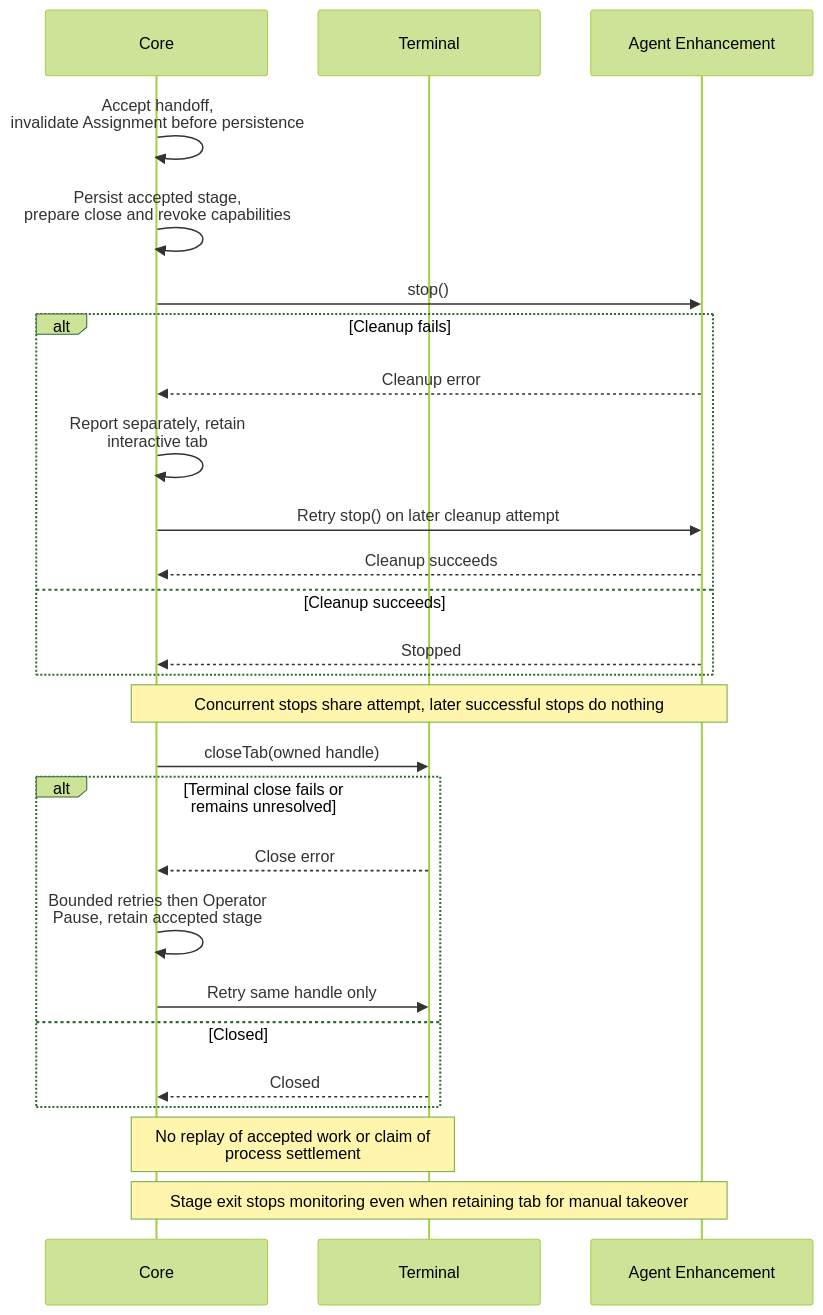
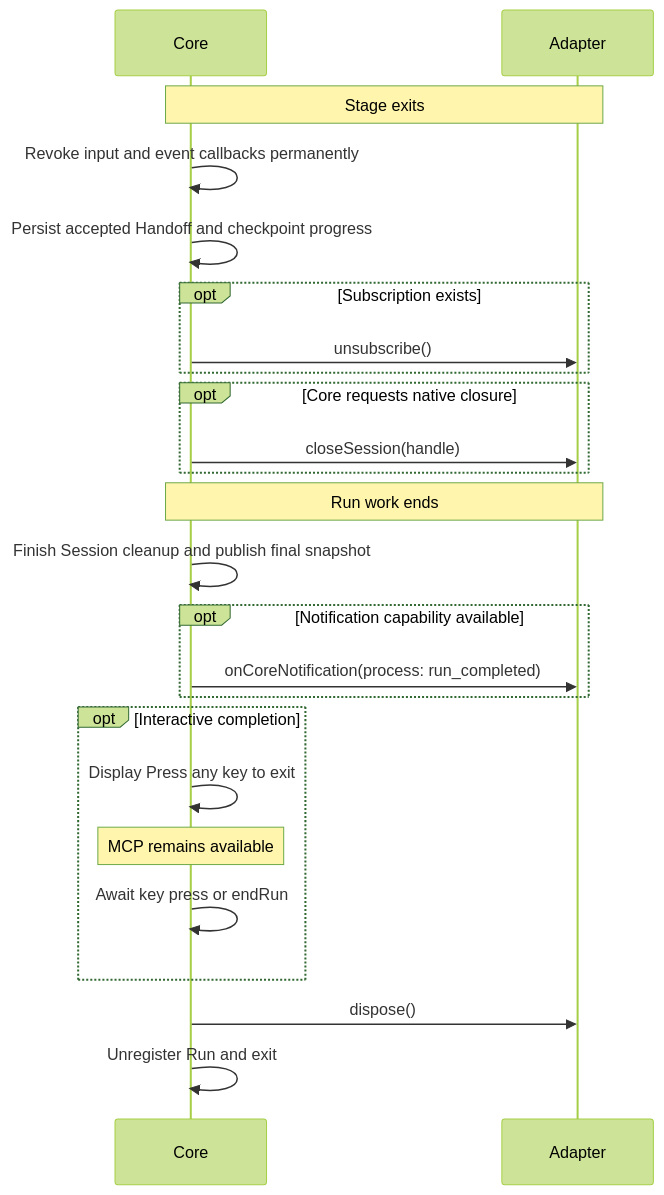
The sixth of 6 diagrams in docs/terminal-contract.md (BuddyLabsCo/issue-runner-core), drawn with Mermaid (forest theme) before and after one commit. The commit also changed other lines of this file and 1 other file, not shown here.

````diff
--- a/docs/terminal-contract.md
+++ b/docs/terminal-contract.md
@@ -324,29 +507,26 @@
 ```mermaid
-%%{init: {"sequence": {"width": 220, "wrap": true}}}%%
 sequenceDiagram
     participant Core
-    participant Terminal
-    participant Enhancement as Agent Enhancement
-    Core->>Core: Accept handoff,<br/>invalidate Assignment before persistence
-    Core->>Core: Persist accepted stage,<br/>prepare close and revoke capabilities
-    Core->>Enhancement: stop()
-    alt Cleanup fails
-        Enhancement-->>Core: Cleanup error
-        Core->>Core: Report separately, retain interactive tab
-        Core->>Enhancement: Retry stop() on later cleanup attempt
-        Enhancement-->>Core: Cleanup succeeds
-    else Cleanup succeeds
-        Enhancement-->>Core: Stopped
+    participant Adapter
+    Note over Core,Adapter: Stage exits
+    Core->>Core: Revoke input and event callbacks permanently
+    Core->>Core: Persist accepted Handoff and checkpoint progress
+    opt Subscription exists
+        Core->>Adapter: unsubscribe()
     end
-    Note over Core,Enhancement: Concurrent stops share attempt, later successful stops do nothing
-    Core->>Terminal: closeTab(owned handle)
-    alt Terminal close fails or remains unresolved
-        Terminal-->>Core: Close error
-        Core->>Core: Bounded retries then Operator Pause, retain accepted stage
-        Core->>Terminal: Retry same handle only
-    else Closed
-        Terminal-->>Core: Closed
+    opt Core requests native closure
+        Core->>Adapter: closeSession(handle)
     end
-    Note over Core,Terminal: No replay of accepted work or claim of process settlement
-    Note over Core,Enhancement: Stage exit stops monitoring even when retaining tab for manual takeover
+    Note over Core,Adapter: Run work ends
+    Core->>Core: Finish Session cleanup and publish final snapshot
+    opt Notification capability available
+        Core->>Adapter: onCoreNotification(process: run_completed)
+    end
+    opt Interactive completion
+        Core->>Core: Display Press any key to exit
+        Note over Core: MCP remains available
+        Core->>Core: Await key press or endRun
+    end
+    Core->>Adapter: dispose()
+    Core->>Core: Unregister Run and exit
 ```
````
